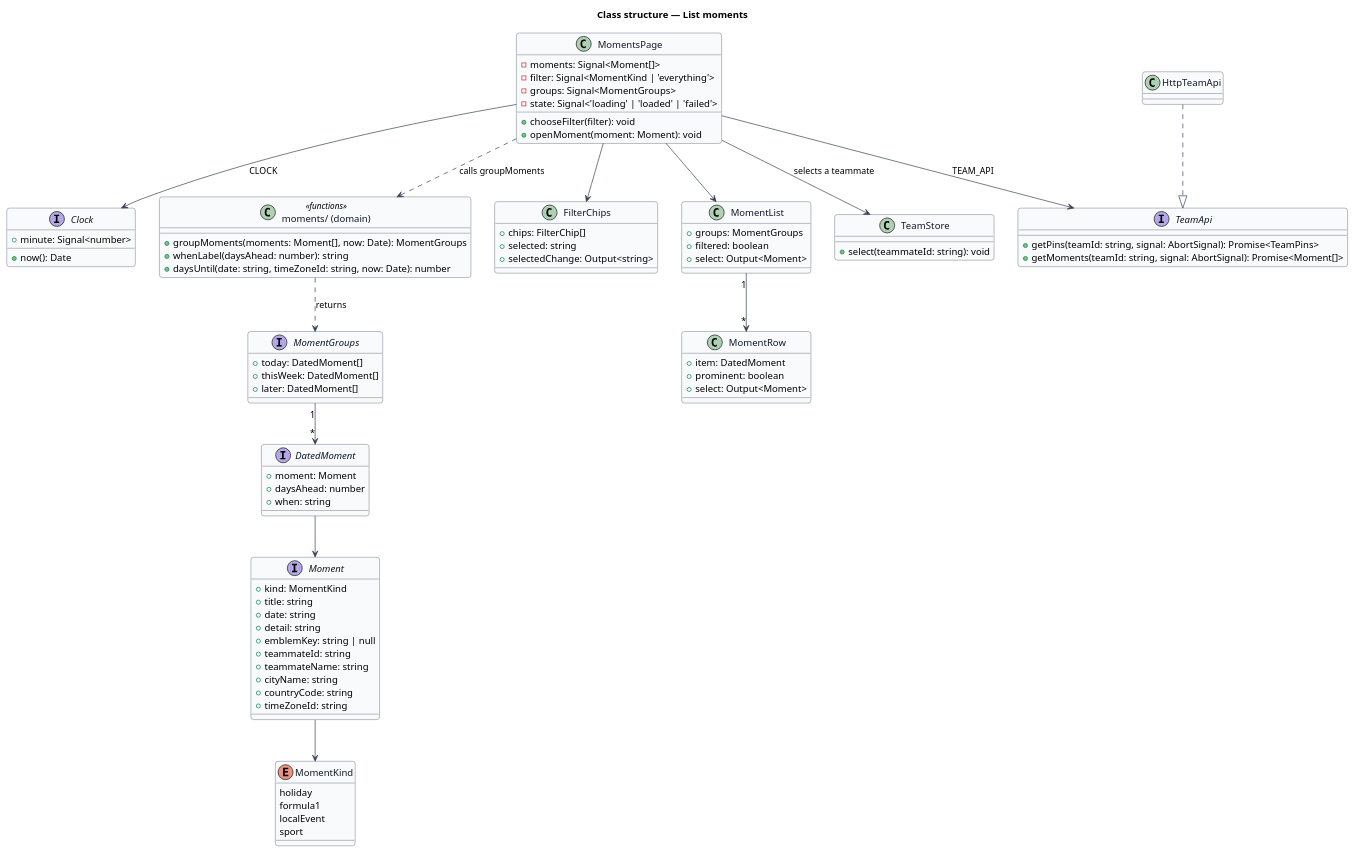
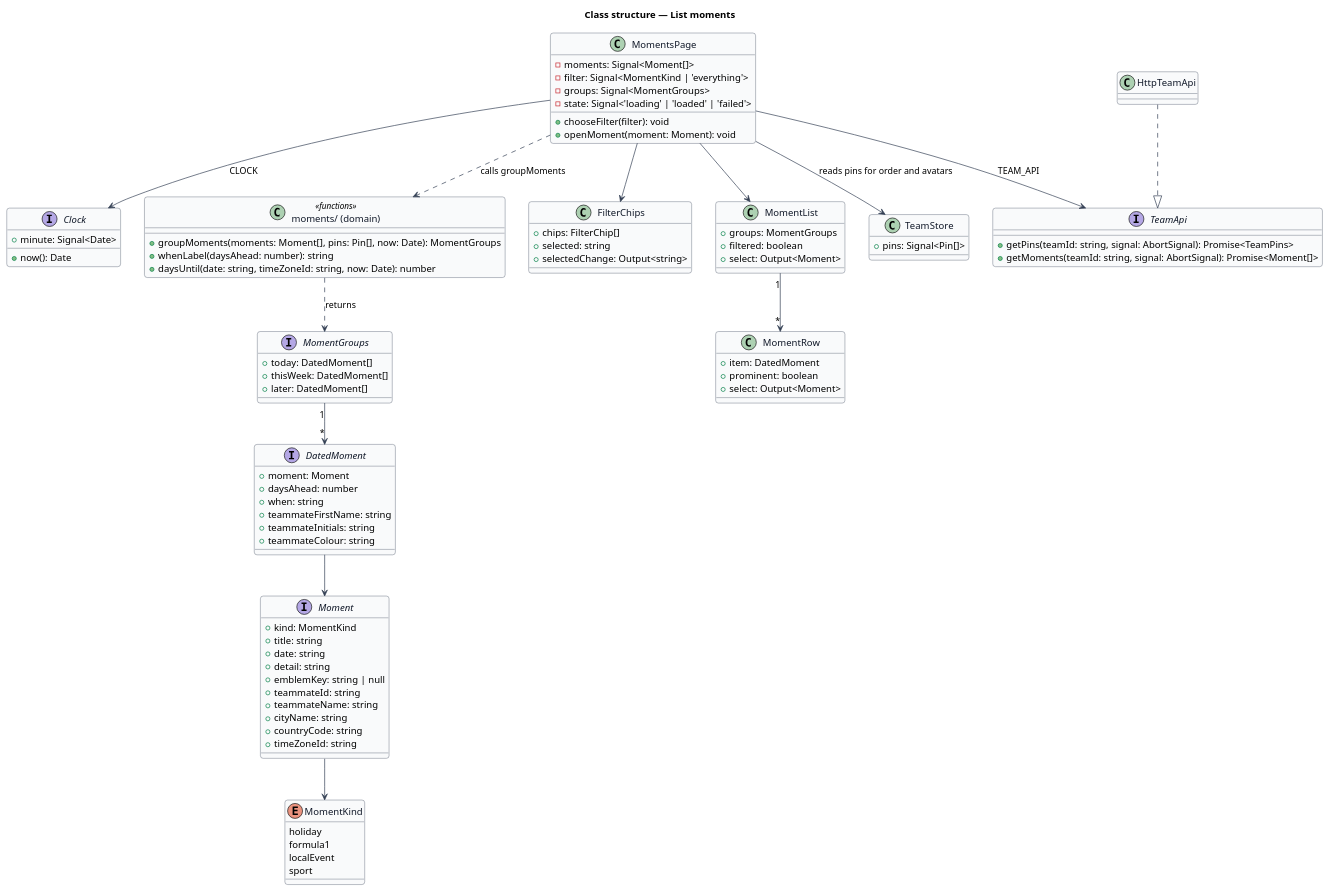
The diagram in docs/detailed-designs/moments/list-moments/diagrams/class-structure.puml (QuinntyneBrown/Mondino), drawn with PlantUML before and after one commit. The commit also changed 11 other files, not shown here.

```diff
--- a/docs/detailed-designs/moments/list-moments/diagrams/class-structure.puml
+++ b/docs/detailed-designs/moments/list-moments/diagrams/class-structure.puml
@@ -1,109 +1,112 @@
 @startuml
 ' --- shared skin header ---
 skinparam backgroundColor #FFFFFF
 skinparam shadowing false
 skinparam roundcorner 8
 skinparam defaultFontName Arial
 skinparam ArrowColor #344054
 skinparam class {
   BorderColor #344054
   FontColor #101828
   BackgroundColor #F9FAFB
 }
 ' --------------------------
 title Class structure — List moments
 
 enum MomentKind {
   holiday
   formula1
   localEvent
   sport
 }
 
 interface Moment {
   +kind: MomentKind
   +title: string
   +date: string
   +detail: string
   +emblemKey: string | null
   +teammateId: string
   +teammateName: string
   +cityName: string
   +countryCode: string
   +timeZoneId: string
 }
 
 interface TeamApi {
   +getPins(teamId: string, signal: AbortSignal): Promise<TeamPins>
   +getMoments(teamId: string, signal: AbortSignal): Promise<Moment[]>
 }
 
 class HttpTeamApi
 
 interface Clock {
   +now(): Date
-  +minute: Signal<number>
+  +minute: Signal<Date>
 }
 
 interface DatedMoment {
   +moment: Moment
   +daysAhead: number
   +when: string
+  +teammateFirstName: string
+  +teammateInitials: string
+  +teammateColour: string
 }
 
 interface MomentGroups {
   +today: DatedMoment[]
   +thisWeek: DatedMoment[]
   +later: DatedMoment[]
 }
 
 class "moments/ (domain)" as moments <<functions>> {
-  +groupMoments(moments: Moment[], now: Date): MomentGroups
+  +groupMoments(moments: Moment[], pins: Pin[], now: Date): MomentGroups
   +whenLabel(daysAhead: number): string
   +daysUntil(date: string, timeZoneId: string, now: Date): number
 }
 
 class MomentsPage {
   -moments: Signal<Moment[]>
   -filter: Signal<MomentKind | 'everything'>
   -groups: Signal<MomentGroups>
   -state: Signal<'loading' | 'loaded' | 'failed'>
   +chooseFilter(filter): void
   +openMoment(moment: Moment): void
 }
 
 class FilterChips {
   +chips: FilterChip[]
   +selected: string
   +selectedChange: Output<string>
 }
 
 class MomentList {
   +groups: MomentGroups
   +filtered: boolean
   +select: Output<Moment>
 }
 
 class MomentRow {
   +item: DatedMoment
   +prominent: boolean
   +select: Output<Moment>
 }
 
 class TeamStore {
-  +select(teammateId: string): void
+  +pins: Signal<Pin[]>
 }
 
 HttpTeamApi ..|> TeamApi
 MomentsPage --> TeamApi : TEAM_API
 MomentsPage --> Clock : CLOCK
 MomentsPage ..> moments : calls groupMoments
 MomentsPage --> FilterChips
 MomentsPage --> MomentList
-MomentsPage --> TeamStore : selects a teammate
+MomentsPage --> TeamStore : reads pins for order and avatars
 MomentList "1" --> "*" MomentRow
 moments ..> MomentGroups : returns
 MomentGroups "1" --> "*" DatedMoment
 DatedMoment --> Moment
 Moment --> MomentKind
 @enduml
```
